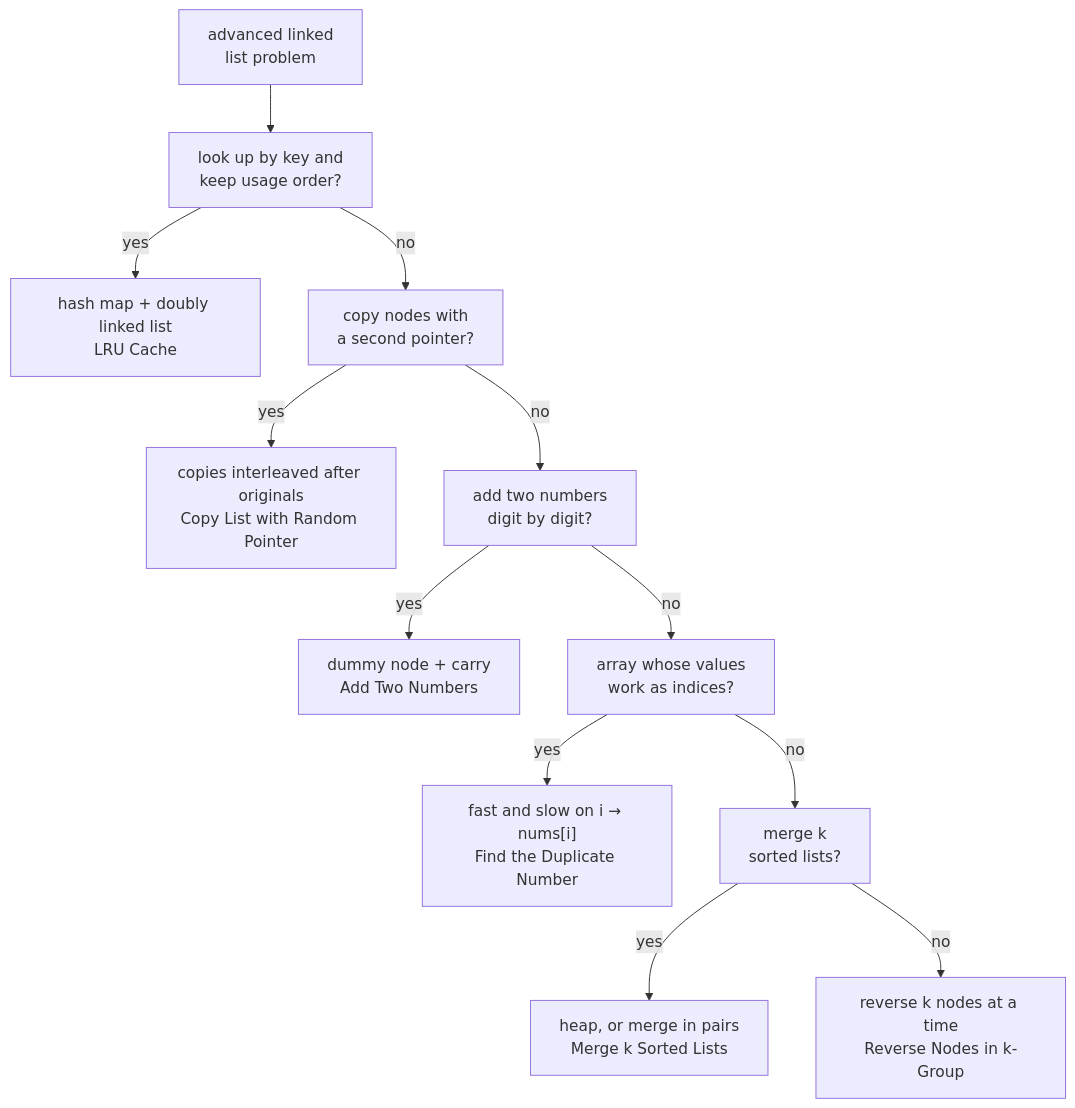
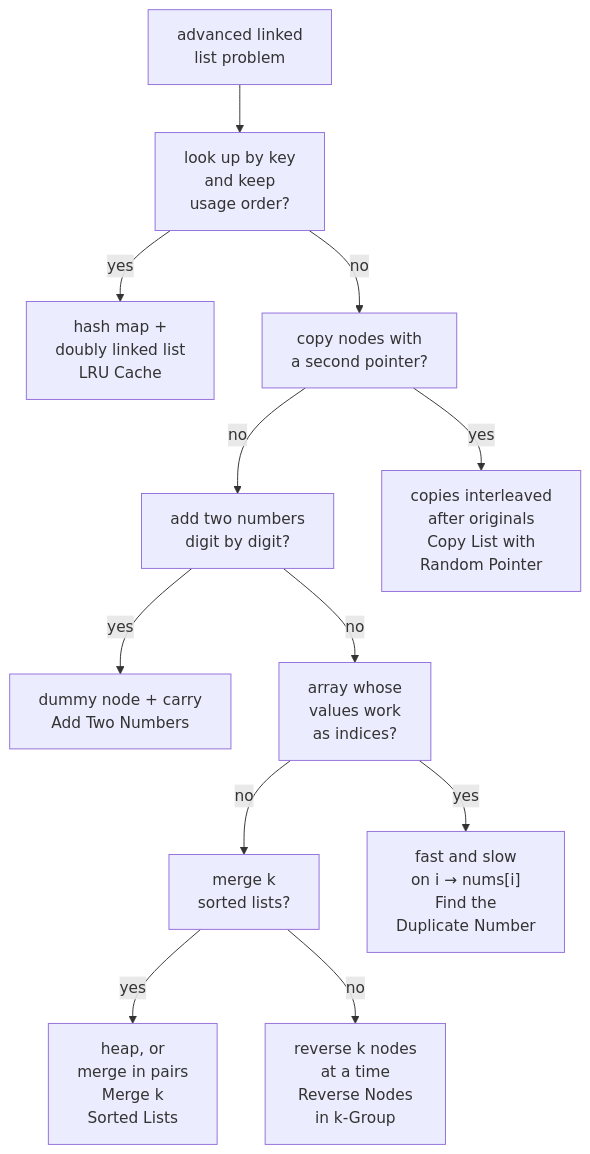
Before and after one commit to duongbui234/software-engineering-atlas: the diagram in content/en/posts/2026-11-24-neetcode-advanced-linked-list.md, drawn with Mermaid. The commit also changed 134 other files, not shown here.

First line of the commit message:
Fit every Mermaid diagram at 390px without sideways scroll (#56)

````diff
--- a/content/en/posts/2026-11-24-neetcode-advanced-linked-list.md
+++ b/content/en/posts/2026-11-24-neetcode-advanced-linked-list.md
@@ -55,14 +55,14 @@
 ```mermaid
 flowchart TB
-  A["advanced linked<br/>list problem"] --> B["look up by key and<br/>keep usage order?"]
-  B -->|"yes"| C["hash map + doubly linked list<br/>LRU Cache"]
+  A["advanced linked<br/>list problem"] --> B["look up by key<br/>and keep<br/>usage order?"]
+  B -->|"yes"| C["hash map +<br/>doubly linked list<br/>LRU Cache"]
   B -->|"no"| D["copy nodes with<br/>a second pointer?"]
-  D -->|"yes"| E["copies interleaved after originals<br/>Copy List with Random Pointer"]
   D -->|"no"| F["add two numbers<br/>digit by digit?"]
+  D -->|"yes"| E["copies interleaved<br/>after originals<br/>Copy List with<br/>Random Pointer"]
   F -->|"yes"| G["dummy node + carry<br/>Add Two Numbers"]
-  F -->|"no"| H["array whose values<br/>work as indices?"]
-  H -->|"yes"| I["fast and slow on i → nums[i]<br/>Find the Duplicate Number"]
+  F -->|"no"| H["array whose<br/>values work<br/>as indices?"]
   H -->|"no"| J["merge k<br/>sorted lists?"]
-  J -->|"yes"| K["heap, or merge in pairs<br/>Merge k Sorted Lists"]
-  J -->|"no"| L["reverse k nodes at a time<br/>Reverse Nodes in k-Group"]
+  H -->|"yes"| I["fast and slow<br/>on i → nums[i]<br/>Find the<br/>Duplicate Number"]
+  J -->|"yes"| K["heap, or<br/>merge in pairs<br/>Merge k<br/>Sorted Lists"]
+  J -->|"no"| L["reverse k nodes<br/>at a time<br/>Reverse Nodes<br/>in k-Group"]
 ```
````
